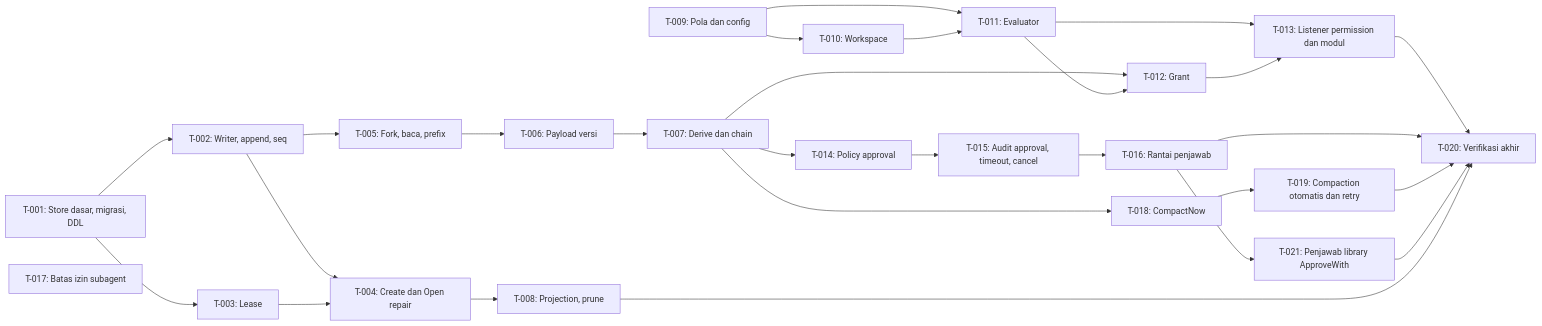
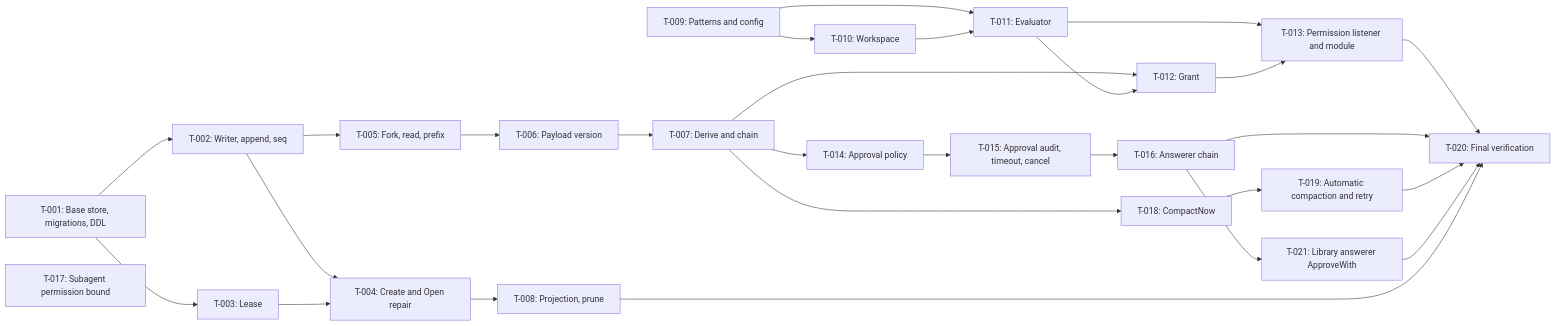
One commit to ridhomujizat/lana-harness changed the diagram in docs/specs/4-session-permission/tasks.md. Above: the diagram before and after it, drawn with Mermaid. The commit also changed other lines of this file and 172 other files, not shown here.

````diff
--- a/docs/specs/4-session-permission/tasks.md
+++ b/docs/specs/4-session-permission/tasks.md
@@ -130,30 +130,30 @@
 ```mermaid
 flowchart LR
-  T1["T-001: Store dasar, migrasi, DDL"] --> T2["T-002: Writer, append, seq"]
+  T1["T-001: Base store, migrations, DDL"] --> T2["T-002: Writer, append, seq"]
   T1 --> T3["T-003: Lease"]
-  T2 --> T4["T-004: Create dan Open repair"]
+  T2 --> T4["T-004: Create and Open repair"]
   T3 --> T4
-  T2 --> T5["T-005: Fork, baca, prefix"]
-  T5 --> T6["T-006: Payload versi"]
-  T6 --> T7["T-007: Derive dan chain"]
+  T2 --> T5["T-005: Fork, read, prefix"]
+  T5 --> T6["T-006: Payload version"]
+  T6 --> T7["T-007: Derive and chain"]
   T4 --> T8["T-008: Projection, prune"]
-  T9["T-009: Pola dan config"] --> T10["T-010: Workspace"]
+  T9["T-009: Patterns and config"] --> T10["T-010: Workspace"]
   T9 --> T11["T-011: Evaluator"]
   T10 --> T11
   T7 --> T12["T-012: Grant"]
   T11 --> T12
-  T11 --> T13["T-013: Listener permission dan modul"]
+  T11 --> T13["T-013: Permission listener and module"]
   T12 --> T13
-  T7 --> T14["T-014: Policy approval"]
-  T14 --> T15["T-015: Audit approval, timeout, cancel"]
-  T15 --> T16["T-016: Rantai penjawab"]
-  T17["T-017: Batas izin subagent"]
+  T7 --> T14["T-014: Approval policy"]
+  T14 --> T15["T-015: Approval audit, timeout, cancel"]
+  T15 --> T16["T-016: Answerer chain"]
+  T17["T-017: Subagent permission bound"]
   T7 --> T18["T-018: CompactNow"]
-  T18 --> T19["T-019: Compaction otomatis dan retry"]
-  T13 --> T20["T-020: Verifikasi akhir"]
+  T18 --> T19["T-019: Automatic compaction and retry"]
+  T13 --> T20["T-020: Final verification"]
   T16 --> T20
   T19 --> T20
-  T16 --> T21["T-021: Penjawab library ApproveWith"]
+  T16 --> T21["T-021: Library answerer ApproveWith"]
   T21 --> T20
   T8 --> T20
 ```
````
